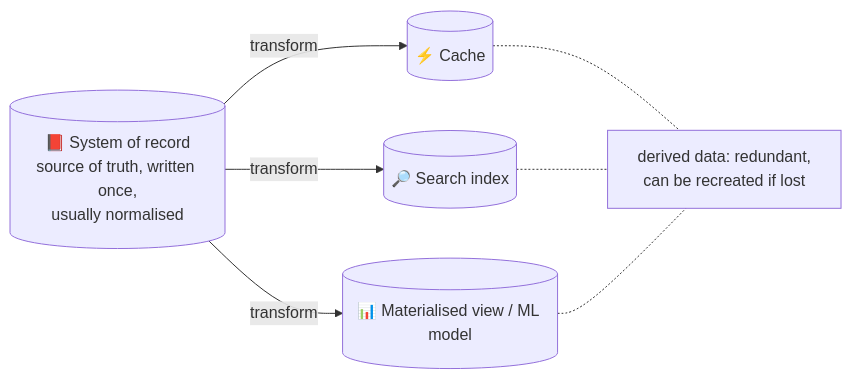
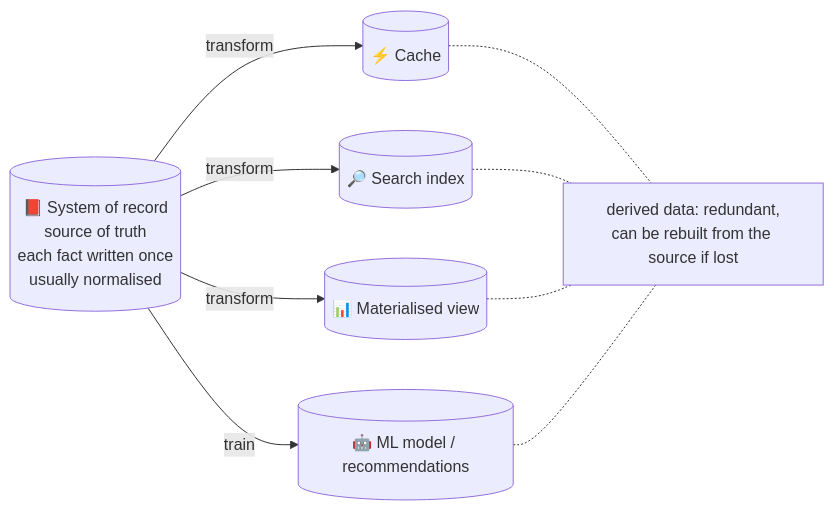
One commit to pratikguru998/ddia-book changed the first of 34 diagrams in docs/chapters/part-3/10-batch-processing.mdx. Above: the diagram before and after it, drawn with Mermaid. The commit also changed other lines of this file and 13 other files, not shown here.

Commit message:
Expand all 12 chapters: every book subsection, deeper notes, ~320 diagrams

````diff
--- a/docs/chapters/part-3/10-batch-processing.mdx
+++ b/docs/chapters/part-3/10-batch-processing.mdx
@@ -18,7 +20,8 @@
 ```mermaid
 flowchart LR
-  SOR[("📕 System of record<br/>source of truth, written once,<br/>usually normalised")] -->|"transform"| D1[("⚡ Cache")]
+  SOR[("📕 System of record<br/>source of truth<br/>each fact written once<br/>usually normalised")] -->|"transform"| D1[("⚡ Cache")]
   SOR -->|"transform"| D2[("🔎 Search index")]
-  SOR -->|"transform"| D3[("📊 Materialised view / ML model")]
-  D1 & D2 & D3 -.- NOTE["derived data: redundant,<br/>can be recreated if lost"]
+  SOR -->|"transform"| D3[("📊 Materialised view")]
+  SOR -->|"train"| D4[("🤖 ML model / recommendations")]
+  D1 & D2 & D3 & D4 -.- NOTE["derived data: redundant,<br/>can be rebuilt from the source if lost"]
 ```
````
